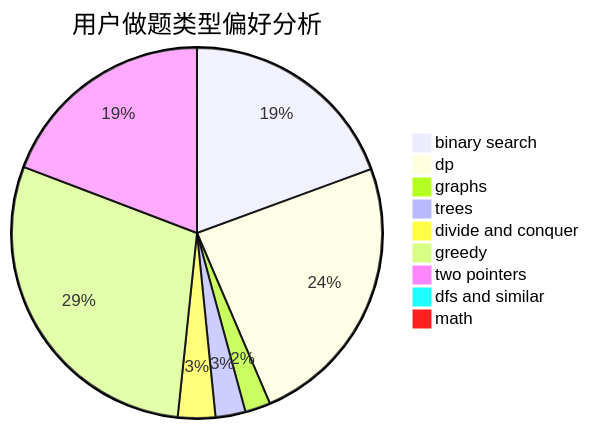
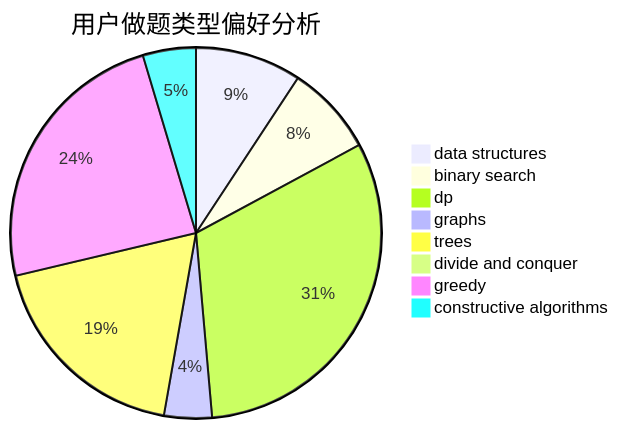
One commit to sherpahu/cfrs.github.io changed the second of 3 diagrams in docs/user/u2527.md. Above: the diagram before and after it, drawn with Mermaid. The commit also changed other lines of this file and 2775 other files, not shown here.

````diff
--- a/docs/user/u2527.md
+++ b/docs/user/u2527.md
@@ -23,12 +23,11 @@
 ```mermaid
 pie title 用户做题类型偏好分析
-    "binary search" :  297
-    "dp" :  370
-    "graphs" :  34
+    "data structures" :  20
+    "binary search" :  17
+    "dp" :  68
+    "graphs" :  9
     "trees" :  40
-    "divide and conquer" :  50
-    "greedy" :  446
-    "two pointers" :  294
-    "dfs and similar" :  13
-    "math" :  13
+    "divide and conquer" :  0
+    "greedy" :  52
+    "constructive algorithms" :  10
 ```
````
